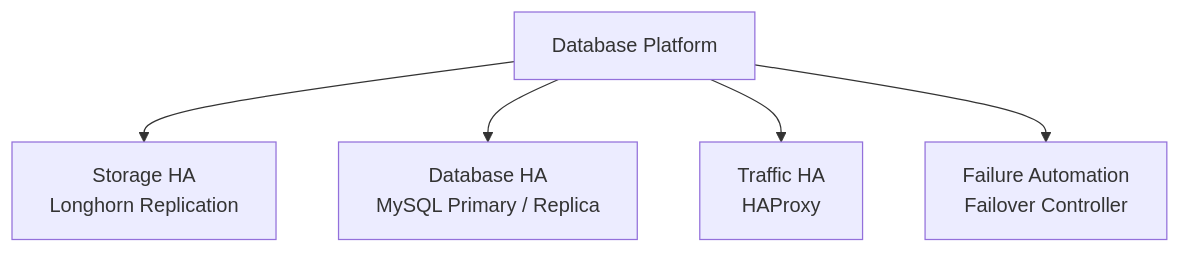
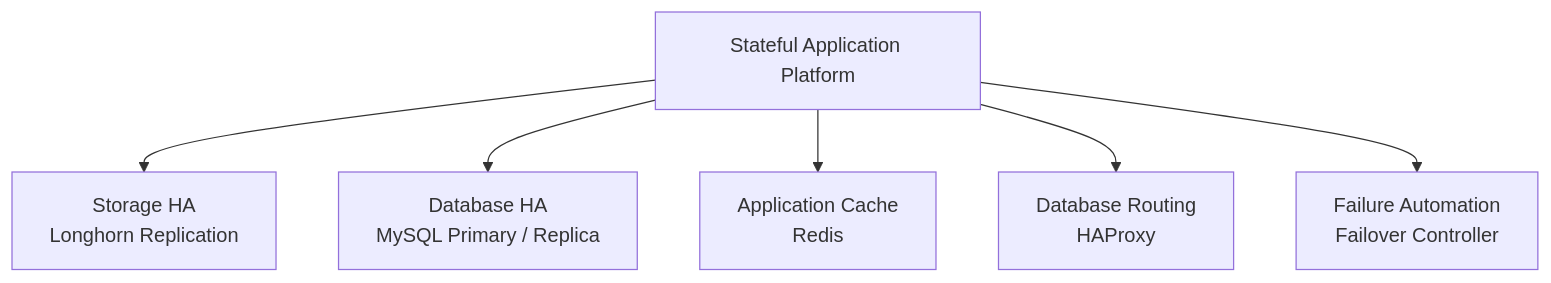
One commit to ahmed-sayed-devops/microservices-platform-gitops changed diagram 21 of 23 in docs/05-storage/README.md. Above: the diagram before and after it, drawn with Mermaid. The commit also changed other lines of this file, not shown here.

Commit message:
docs: document Redis caching layer

````diff
--- a/docs/05-storage/README.md
+++ b/docs/05-storage/README.md
@@ -645,17 +816,20 @@
 ```mermaid
 graph TD
-    PLATFORM[Database Platform]
+    PLATFORM[Stateful Application Platform]
 
     STORAGEHA[Storage HA<br/>Longhorn Replication]
 
     DBHA[Database HA<br/>MySQL Primary / Replica]
 
-    ROUTINGHA[Traffic HA<br/>HAProxy]
+    CACHE[Application Cache<br/>Redis]
+
+    ROUTINGHA[Database Routing<br/>HAProxy]
 
     FAILUREHA[Failure Automation<br/>Failover Controller]
 
     PLATFORM --> STORAGEHA
     PLATFORM --> DBHA
+    PLATFORM --> CACHE
     PLATFORM --> ROUTINGHA
     PLATFORM --> FAILUREHA
 ```
````
